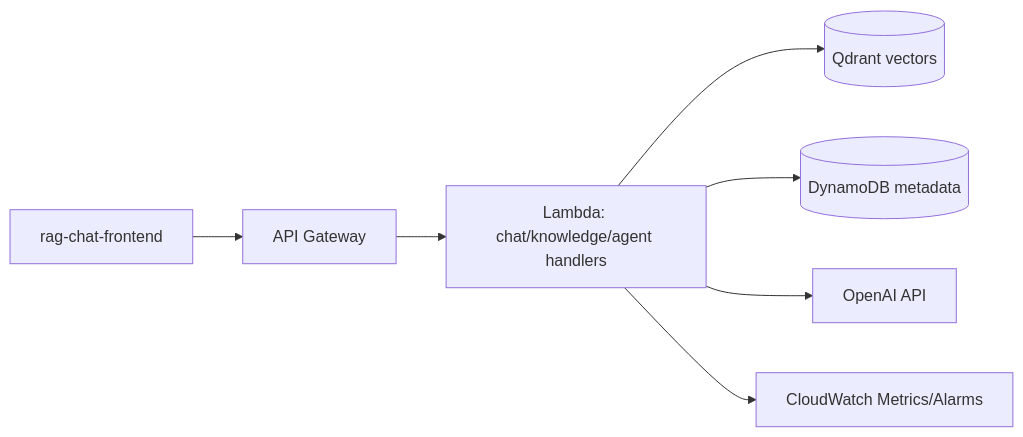
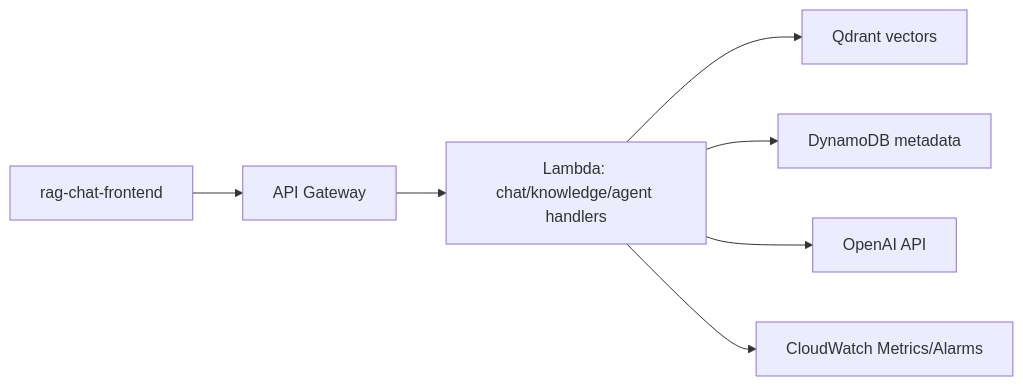
Before and after one commit to yossitv/demo_assistants: the fourth of 4 diagrams in README.md, drawn with Mermaid. The commit also changed other lines of this file, not shown here.

Commit message:
fix bug mermaid in README

````diff
--- a/README.md
+++ b/README.md
@@ -225,9 +225,9 @@
 ```mermaid
 flowchart LR
-  Client[rag-chat-frontend] --> APIGW[API Gateway]
-  APIGW --> Lambda[Lambda: chat/knowledge/agent handlers]
-  Lambda --> Qdrant[(Qdrant vectors)]
-  Lambda --> Dynamo[(DynamoDB metadata)]
-  Lambda --> OpenAI[OpenAI API]
-  Lambda --> CW[CloudWatch Metrics/Alarms]
+  Client["rag-chat-frontend"] --> APIGW["API Gateway"]
+  APIGW --> Lambda["Lambda: chat/knowledge/agent handlers"]
+  Lambda --> Qdrant["Qdrant vectors"]
+  Lambda --> Dynamo["DynamoDB metadata"]
+  Lambda --> OpenAI["OpenAI API"]
+  Lambda --> CW["CloudWatch Metrics/Alarms"]
 ```
````
